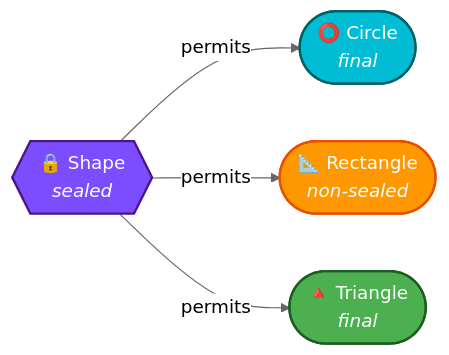
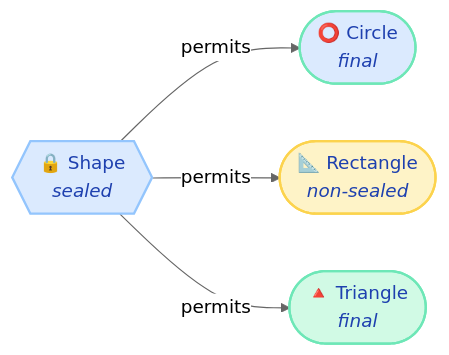
One commit to saivamsikaruturi/vamsilabs-dev-notes-main changed the diagram in docs/java/Java17.md. Above: the diagram before and after it, drawn with Mermaid (neutral theme). The commit also changed 220 other files, not shown here.

First line of the commit message:
Add 50+ new Java/Spring Boot pages, rewrite CSS code blocks to Oracle style, fix all diagram colors

````diff
--- a/docs/java/Java17.md
+++ b/docs/java/Java17.md
@@ -24,12 +24,12 @@
 ```mermaid
 flowchart LR
     Shape{{"🔒 Shape<br/><i>sealed</i>"}}
     Shape -->|permits| Circle(["⭕ Circle<br/><i>final</i>"])
     Shape -->|permits| Rectangle(["📐 Rectangle<br/><i>non-sealed</i>"])
     Shape -->|permits| Triangle(["🔺 Triangle<br/><i>final</i>"])
 
-    style Shape fill:#7C4DFF,color:#fff,stroke:#4A148C,stroke-width:2px
-    style Circle fill:#00BCD4,color:#fff,stroke:#006064,stroke-width:2px
-    style Rectangle fill:#FF9800,color:#fff,stroke:#E65100,stroke-width:2px
-    style Triangle fill:#4CAF50,color:#fff,stroke:#1B5E20,stroke-width:2px
+    style Shape fill:#DBEAFE,color:#1E40AF,stroke:#93C5FD,stroke-width:2px
+    style Circle fill:#DBEAFE,color:#1E40AF,stroke:#6EE7B7,stroke-width:2px
+    style Rectangle fill:#FEF3C7,color:#1E40AF,stroke:#FCD34D,stroke-width:2px
+    style Triangle fill:#D1FAE5,color:#1E40AF,stroke:#6EE7B7,stroke-width:2px
 ```
````
